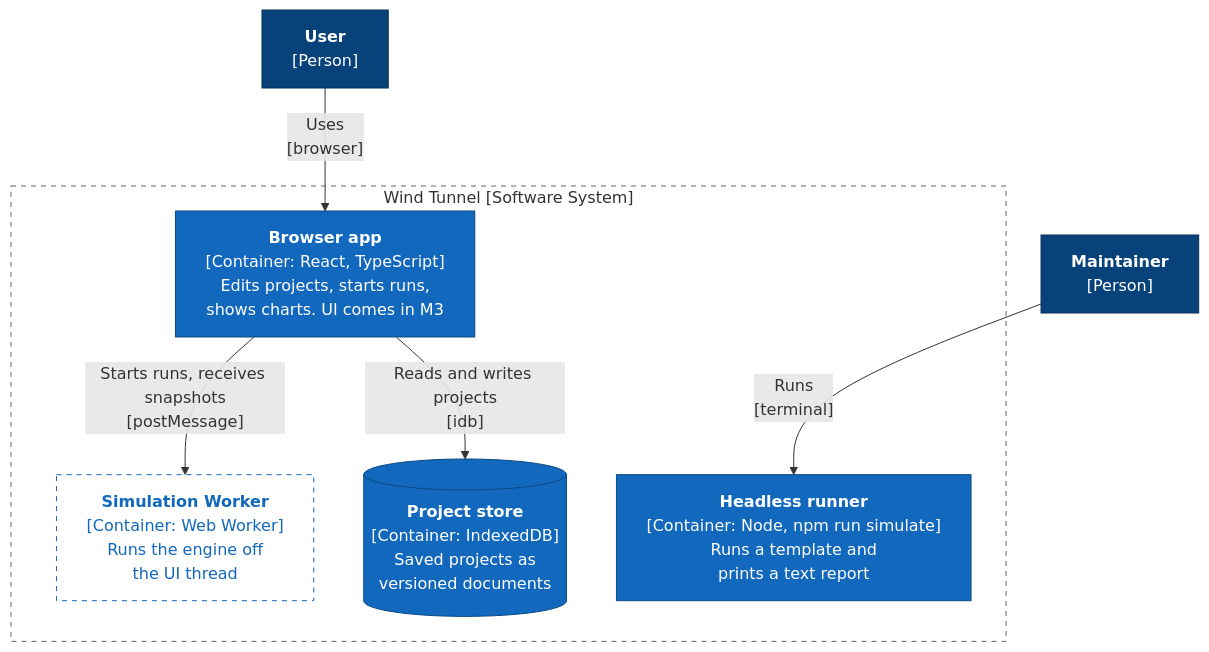
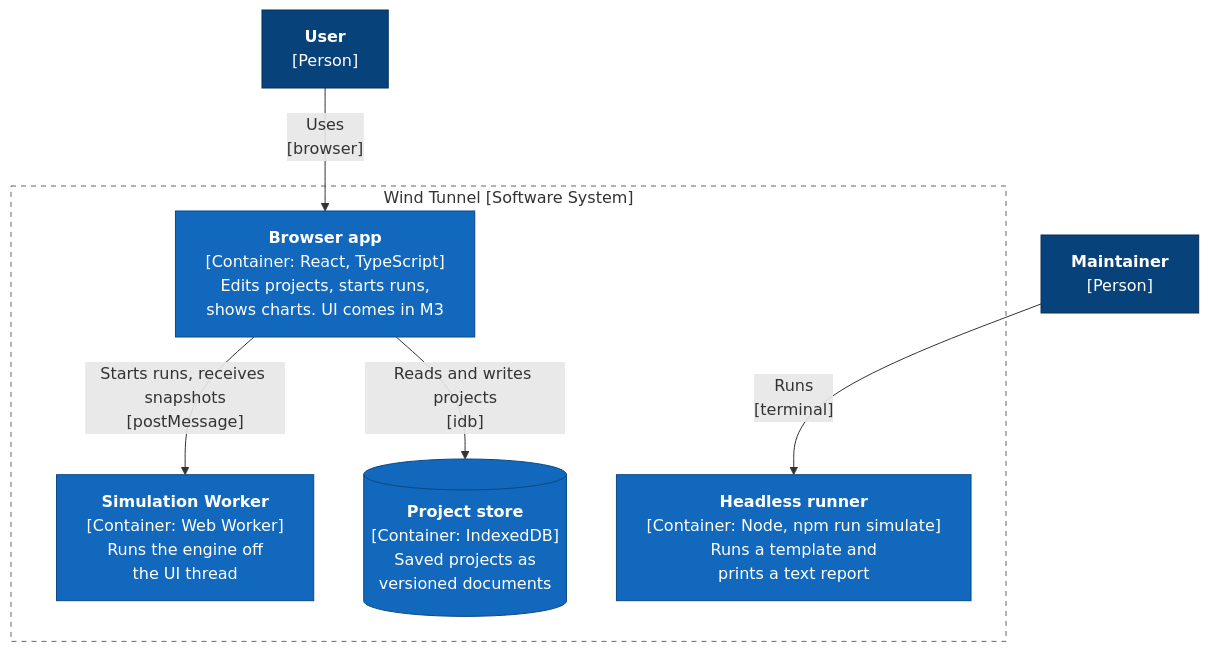
Before and after one commit to alanbickel/wind-tunnel: the third of 6 diagrams in docs/architecture/architecture-overview.md, drawn with Mermaid. The commit also changed other lines of this file and 24 other files, not shown here.

Commit message:
feat(adapters): add a Web Worker simulation runner with cancellation (#18)

````diff
--- a/docs/architecture/architecture-overview.md
+++ b/docs/architecture/architecture-overview.md
@@ -46,22 +46,22 @@
 ```mermaid
 %%{init: {"flowchart": {"wrappingWidth": 320}}}%%
 flowchart TB
     user["<b>User</b><br/>[Person]"]:::person
     dev["<b>Maintainer</b><br/>[Person]"]:::person
     subgraph wt["Wind Tunnel [Software System]"]
         app["<b>Browser app</b><br/>[Container: React, TypeScript]<br/>Edits projects, starts runs,<br/>shows charts. UI comes in M3"]:::system
-        worker["<b>Simulation Worker</b><br/>[Container: Web Worker]<br/>Runs the engine off<br/>the UI thread"]:::planned
+        worker["<b>Simulation Worker</b><br/>[Container: Web Worker]<br/>Runs the engine off<br/>the UI thread"]:::system
         db[("<b>Project store</b><br/>[Container: IndexedDB]<br/>Saved projects as<br/>versioned documents")]:::system
         cli["<b>Headless runner</b><br/>[Container: Node, npm run simulate]<br/>Runs a template and<br/>prints a text report"]:::system
     end
     user -->|"Uses<br/>[browser]"| app
     app -->|"Reads and writes projects<br/>[idb]"| db
     app -->|"Starts runs, receives snapshots<br/>[postMessage]"| worker
     dev -->|"Runs<br/>[terminal]"| cli
     style wt fill:none,stroke:#666,stroke-dasharray:5 5
     classDef person fill:#08427b,stroke:#052e56,color:#fff
     classDef system fill:#1168bd,stroke:#0b4884,color:#fff
     classDef component fill:#85bbf0,stroke:#5d82a8,color:#000
     classDef external fill:#999,stroke:#6b6b6b,color:#fff
     classDef planned fill:#fff,stroke:#1168bd,color:#1168bd,stroke-dasharray:5 5
 ```
````
